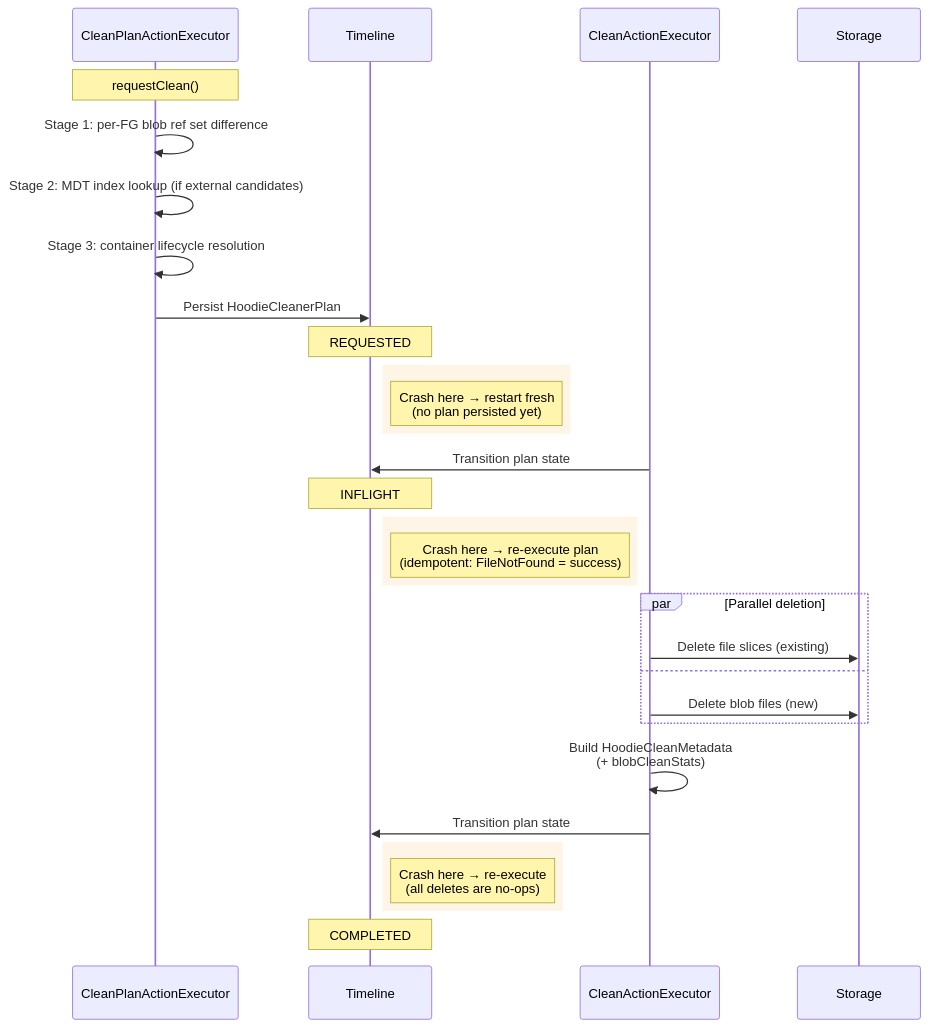
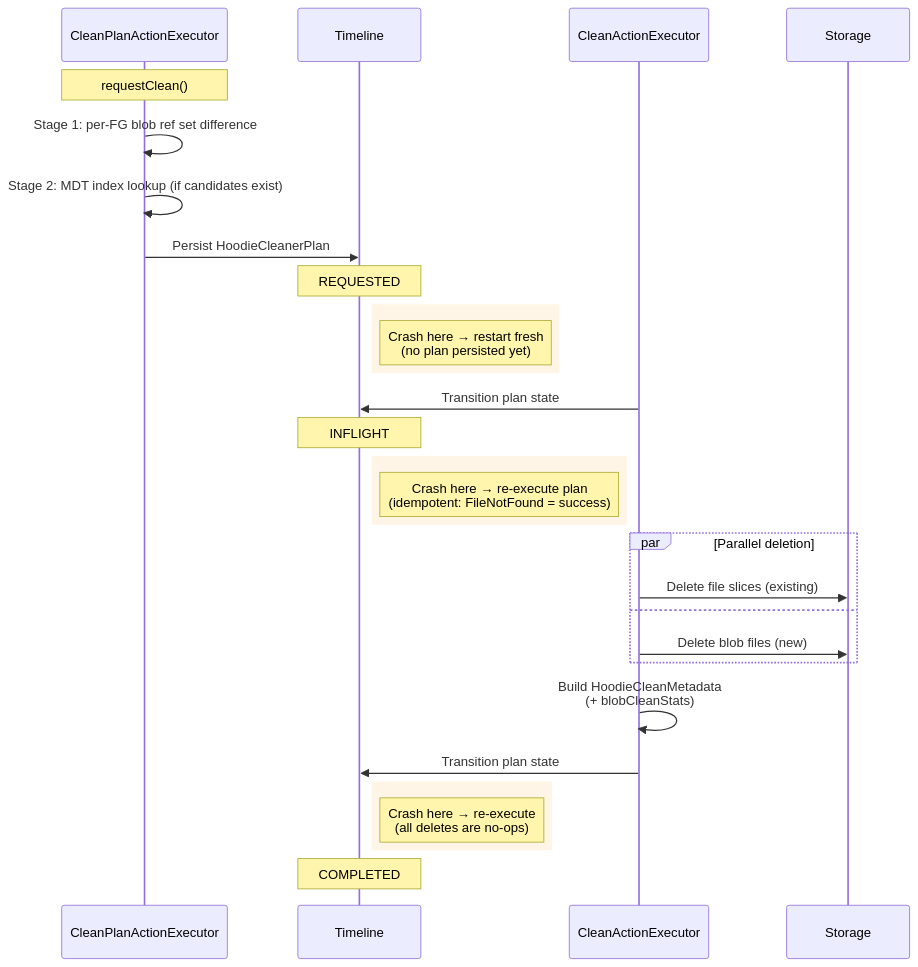
The third of 4 diagrams in rfc/rfc-100/rfc-100-blob-cleaner-design.md (apache/hudi), drawn with Mermaid before and after one commit. The commit also changed other lines of this file and 1 other file, not shown here.

````diff
--- a/rfc/rfc-100/rfc-100-blob-cleaner-design.md
+++ b/rfc/rfc-100/rfc-100-blob-cleaner-design.md
@@ -445,42 +376,41 @@
 ```mermaid
 sequenceDiagram
     participant P as CleanPlanActionExecutor
     participant TL as Timeline
     participant E as CleanActionExecutor
     participant S as Storage
 
     Note over P: requestClean()
 
     P->>P: Stage 1: per-FG blob ref set difference
-    P->>P: Stage 2: MDT index lookup (if external candidates)
-    P->>P: Stage 3: container lifecycle resolution
+    P->>P: Stage 2: MDT index lookup (if candidates exist)
     P->>TL: Persist HoodieCleanerPlan
 
     Note over TL: REQUESTED
 
     rect rgb(255, 245, 230)
         Note right of TL: Crash here → restart fresh<br/>(no plan persisted yet)
     end
 
     E->>TL: Transition plan state
     Note over TL: INFLIGHT
 
     rect rgb(255, 245, 230)
         Note right of TL: Crash here → re-execute plan<br/>(idempotent: FileNotFound = success)
     end
 
     par Parallel deletion
         E->>S: Delete file slices (existing)
     and
         E->>S: Delete blob files (new)
     end
 
     E->>E: Build HoodieCleanMetadata<br/>(+ blobCleanStats)
     E->>TL: Transition plan state
 
     rect rgb(255, 245, 230)
         Note right of TL: Crash here → re-execute<br/>(all deletes are no-ops)
     end
 
     Note over TL: COMPLETED
 ```
````
